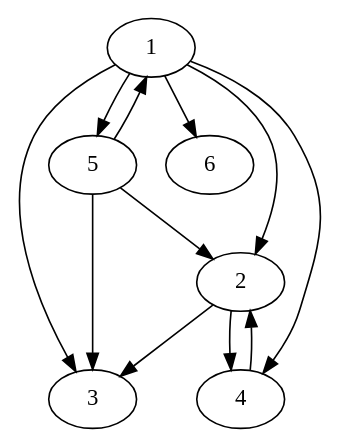
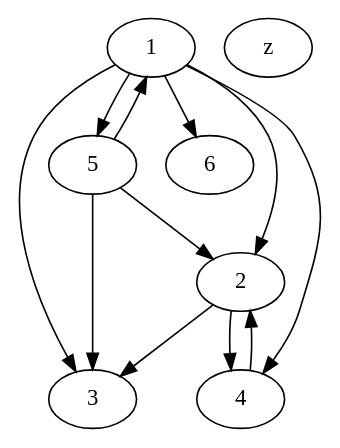
One commit to hoanghailongvn/HUST_OOP changed the diagram in out/production/untitled/output/dot/all.dot. Above: the diagram before and after it, drawn with Graphviz. The commit also changed 6 other files, not shown here.

```diff
--- a/out/production/untitled/output/dot/all.dot
+++ b/out/production/untitled/output/dot/all.dot
@@ -1,13 +1,20 @@
 strict digraph myGraph {
+1
 1 -> 2
 1 -> 3
 1 -> 6
 1 -> 5
 1 -> 4
+2
 2 -> 3
 2 -> 4
+3
+4
 4 -> 2
+5
 5 -> 3
 5 -> 2
 5 -> 1
+6
+z
 }
```
